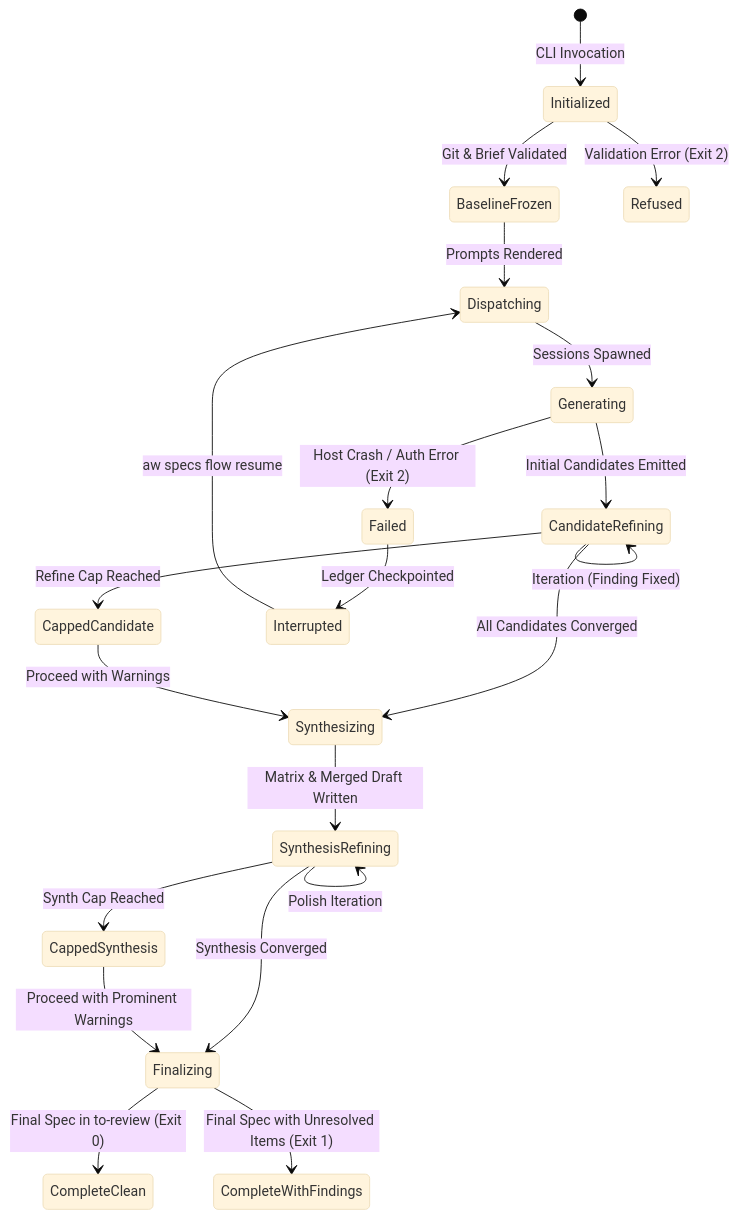
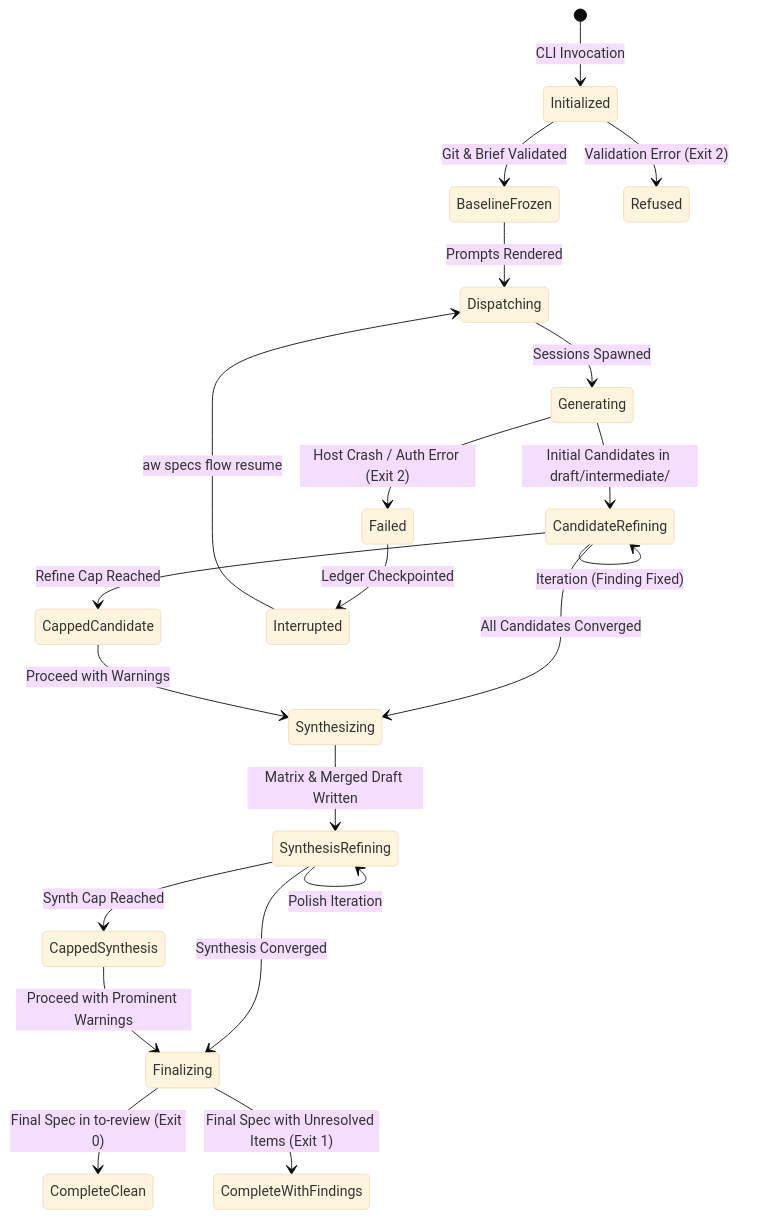
One commit to fariello/agent-workflows changed the fourth of 4 diagrams in .aw/records/specs/draft/20261024-specflow-01-18hh1u-spec-research-synthesis.spec.md. Above: the diagram before and after it, drawn with Mermaid (base theme). The commit also changed other lines of this file, not shown here.

First line of the commit message:
docs(specs): formalize intermediate staging and attention board surfacing (18hh1u)

````diff
--- a/.aw/records/specs/draft/20261024-specflow-01-18hh1u-spec-research-synthesis.spec.md
+++ b/.aw/records/specs/draft/20261024-specflow-01-18hh1u-spec-research-synthesis.spec.md
@@ -508,31 +556,31 @@
 ```mermaid
 stateDiagram-v2
     [*] --> Initialized: CLI Invocation
     Initialized --> BaselineFrozen: Git & Brief Validated
     Initialized --> Refused: Validation Error (Exit 2)
 
     BaselineFrozen --> Dispatching: Prompts Rendered
     Dispatching --> Generating: Sessions Spawned
 
-    Generating --> CandidateRefining: Initial Candidates Emitted
+    Generating --> CandidateRefining: Initial Candidates in draft/intermediate/
     Generating --> Failed: Host Crash / Auth Error (Exit 2)
 
     CandidateRefining --> CandidateRefining: Iteration (Finding Fixed)
     CandidateRefining --> Synthesizing: All Candidates Converged
     CandidateRefining --> CappedCandidate: Refine Cap Reached
 
     CappedCandidate --> Synthesizing: Proceed with Warnings
 
     Synthesizing --> SynthesisRefining: Matrix & Merged Draft Written
     SynthesisRefining --> SynthesisRefining: Polish Iteration
     SynthesisRefining --> Finalizing: Synthesis Converged
     SynthesisRefining --> CappedSynthesis: Synth Cap Reached
 
     CappedSynthesis --> Finalizing: Proceed with Prominent Warnings
 
     Finalizing --> CompleteClean: Final Spec in to-review (Exit 0)
     Finalizing --> CompleteWithFindings: Final Spec with Unresolved Items (Exit 1)
 
     Failed --> Interrupted: Ledger Checkpointed
     Interrupted --> Dispatching: aw specs flow resume
 ```
````
